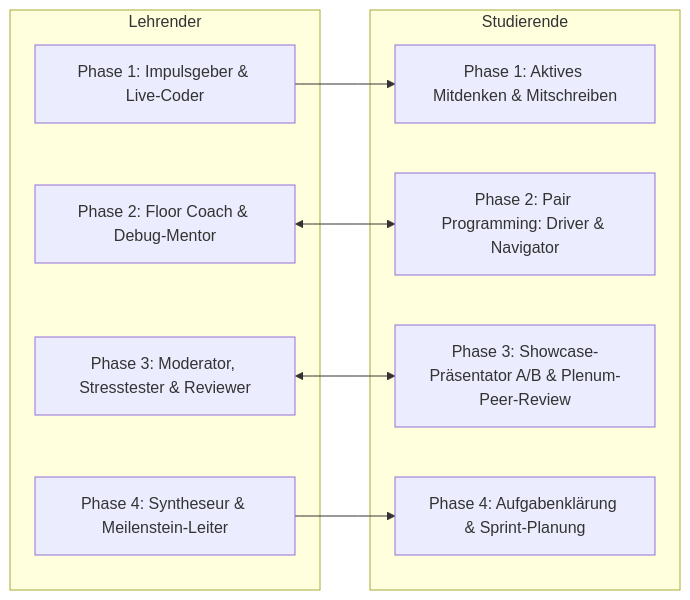
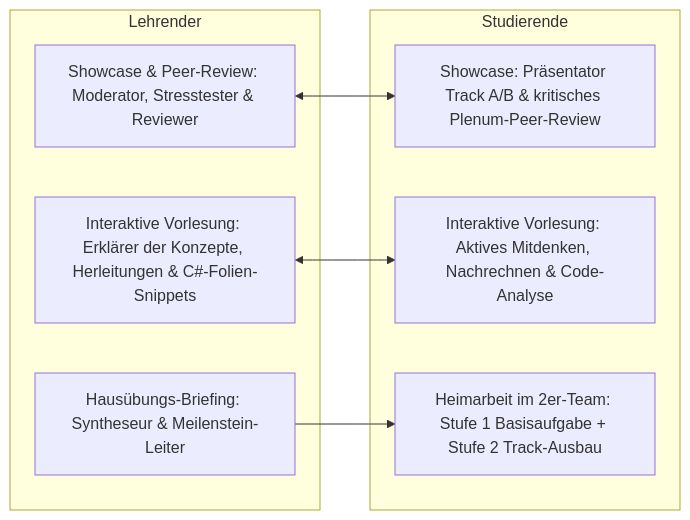
The third of 5 diagrams in Konzept/01_Lehrveranstaltungsstruktur_und_Syllabus.md (ghackenberg/kurs-computer-simulation), drawn with Mermaid before and after one commit. The commit also changed other lines of this file and 68 other files, not shown here.

Commit message:
Didaktik & Übungsstruktur: Stufe 1/2 (Hausübung ohne Live-Coding), Rückwärts-Kausalität der Moodle-Quizzes (8 Fragen / 10 Pkt.) und 6-Dimensionen-Review-Skill

````diff
--- a/Konzept/01_Lehrveranstaltungsstruktur_und_Syllabus.md
+++ b/Konzept/01_Lehrveranstaltungsstruktur_und_Syllabus.md
@@ -643,19 +644,16 @@
 ```mermaid
 flowchart LR
     subgraph Lehrender
-        L1[Phase 1: Impulsgeber & Live-Coder]
-        L2[Phase 2: Floor Coach & Debug-Mentor]
-        L3[Phase 3: Moderator, Stresstester & Reviewer]
-        L4[Phase 4: Syntheseur & Meilenstein-Leiter]
+        L1[Showcase & Peer-Review: Moderator, Stresstester & Reviewer]
+        L2[Interaktive Vorlesung: Erklärer der Konzepte, Herleitungen & C#-Folien-Snippets]
+        L3[Hausübungs-Briefing: Syntheseur & Meilenstein-Leiter]
     end
     subgraph Studierende
-        S1[Phase 1: Aktives Mitdenken & Mitschreiben]
-        S2[Phase 2: Pair Programming: Driver & Navigator]
-        S3[Phase 3: Showcase-Präsentator A/B & Plenum-Peer-Review]
-        S4[Phase 4: Aufgabenklärung & Sprint-Planung]
+        S1[Showcase: Präsentator Track A/B & kritisches Plenum-Peer-Review]
+        S2[Interaktive Vorlesung: Aktives Mitdenken, Nachrechnen & Code-Analyse]
+        S3[Heimarbeit im 2er-Team: Stufe 1 Basisaufgabe + Stufe 2 Track-Ausbau]
     end
-    L1 --> S1
+    L1 <--> S1
     L2 <--> S2
-    L3 <--> S3
-    L4 --> S4
+    L3 --> S3
 ```
````
